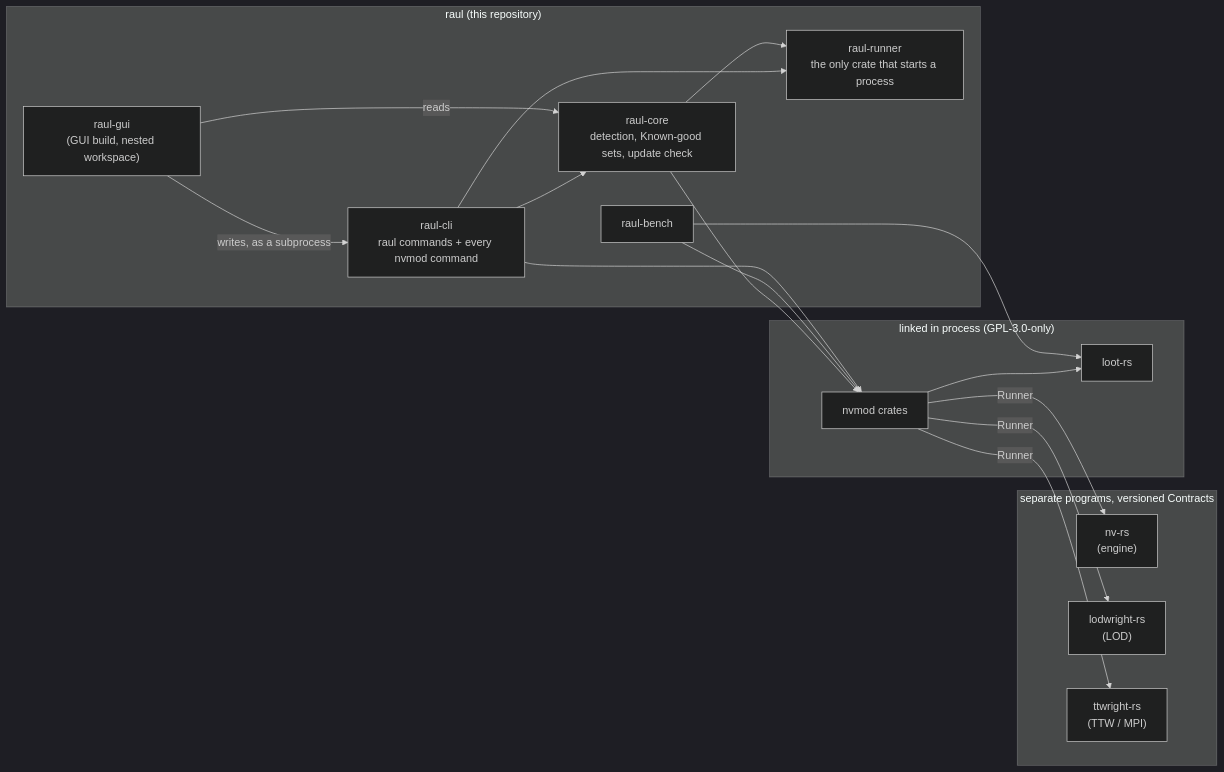
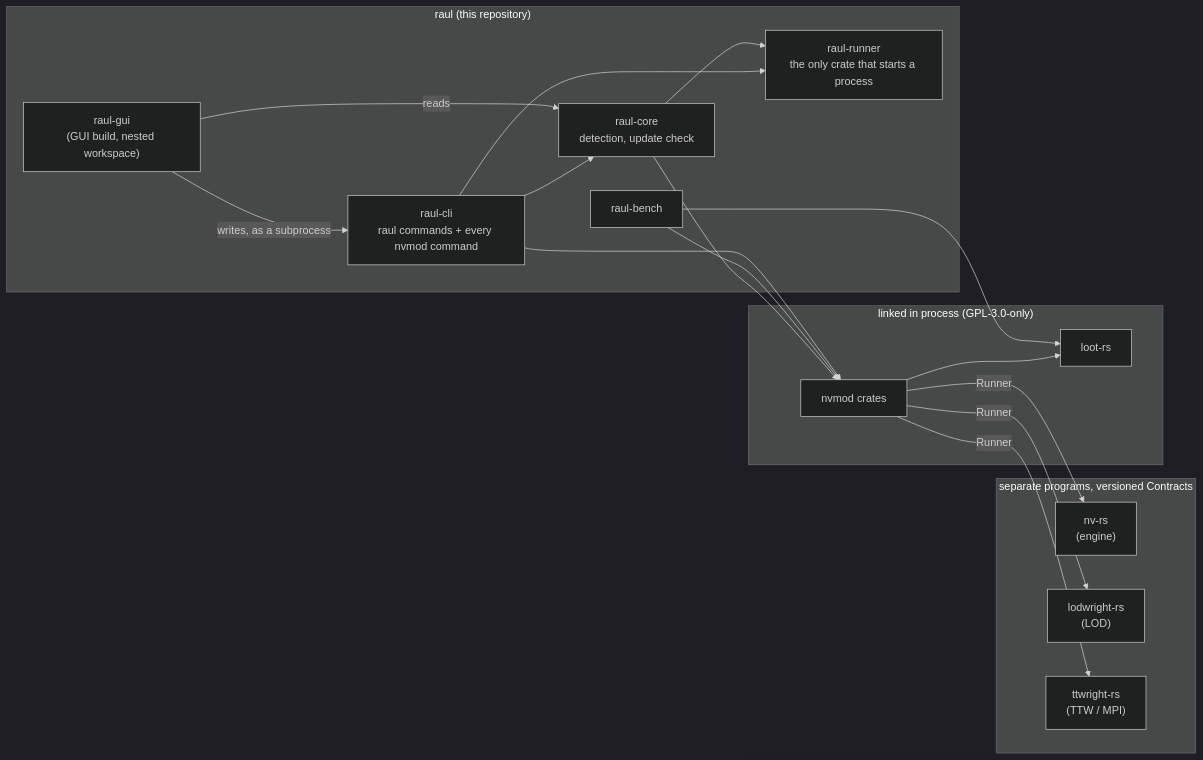
The second of 2 diagrams in docs/ARCHITECTURE.md (JorisJonkers-dev/rauls-trusty-toolbox), drawn with Mermaid (dark theme) before and after one commit. The commit also changed other lines of this file and 11 other files, not shown here.

````diff
--- a/docs/ARCHITECTURE.md
+++ b/docs/ARCHITECTURE.md
@@ -54,32 +54,32 @@
 ```mermaid
 flowchart LR
   subgraph raul["raul (this repository)"]
     gui["raul-gui<br/>(GUI build, nested workspace)"]
     cli["raul-cli<br/>raul commands + every nvmod command"]
-    core["raul-core<br/>detection, Known-good sets, update check"]
+    core["raul-core<br/>detection, update check"]
     bench["raul-bench"]
     runner["raul-runner<br/>the only crate that starts a process"]
   end
   subgraph linked["linked in process (GPL-3.0-only)"]
     nvmod["nvmod crates"]
     loot["loot-rs"]
   end
   subgraph procs["separate programs, versioned Contracts"]
     nvrs["nv-rs<br/>(engine)"]
     lod["lodwright-rs<br/>(LOD)"]
     ttw["ttwright-rs<br/>(TTW / MPI)"]
   end
   gui -- reads --> core
   gui -- writes, as a subprocess --> cli
   cli --> core
   cli --> nvmod
   bench --> nvmod
   bench --> loot
   core --> nvmod
   core --> runner
   cli --> runner
   nvmod --> loot
   nvmod -- Runner --> nvrs
   nvmod -- Runner --> lod
   nvmod -- Runner --> ttw
 ```
````
